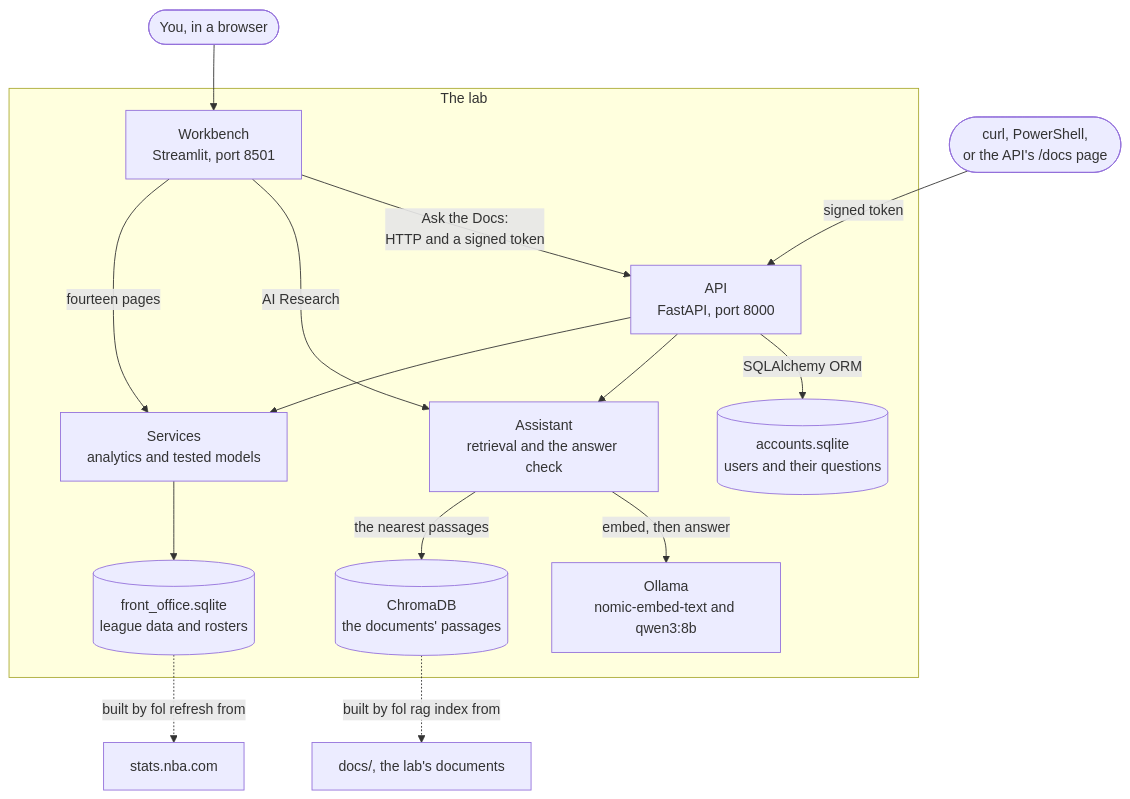
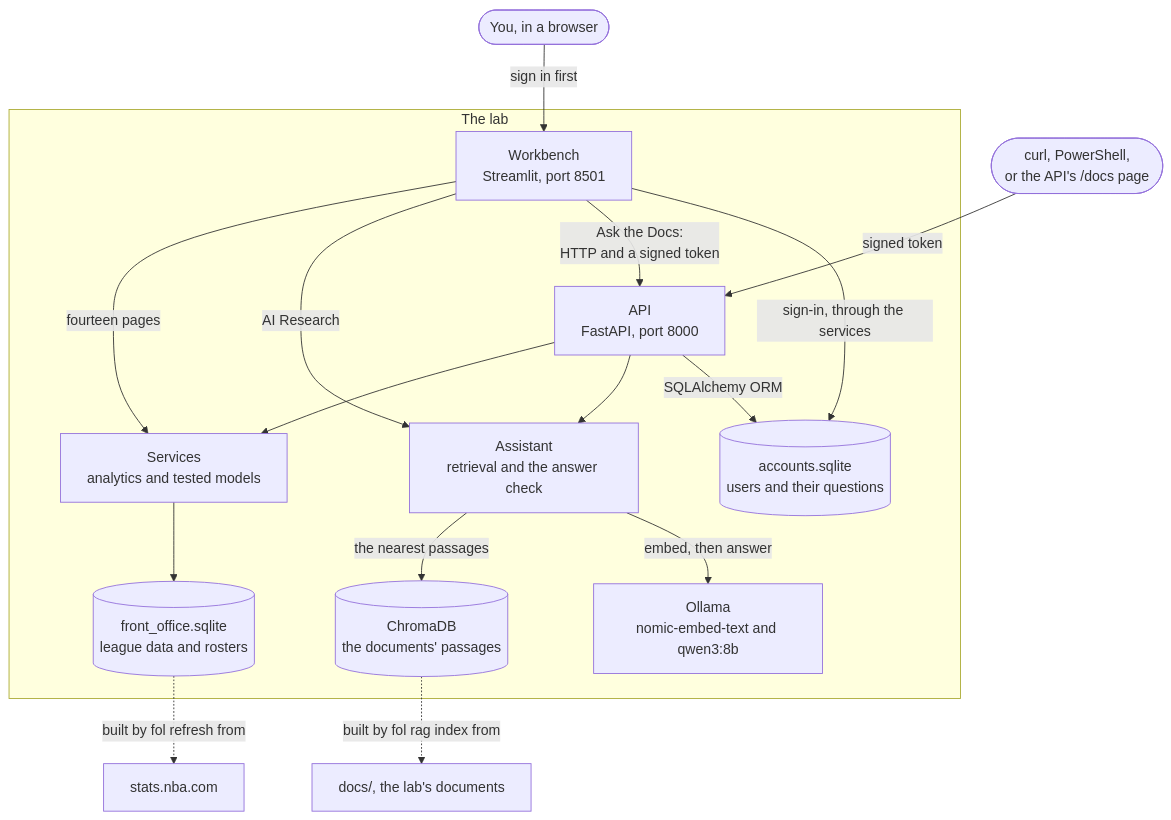
The first of 2 diagrams in README.md (JJHodges20/nba-front-office-lab), drawn with Mermaid before and after one commit. The commit also changed other lines of this file and 17 other files, not shown here.

````diff
--- a/README.md
+++ b/README.md
@@ -87,30 +89,31 @@
 ```mermaid
 flowchart TB
     you(["You, in a browser"])
     client(["curl, PowerShell,<br/>or the API's /docs page"])
 
     subgraph lab ["The lab"]
         ui["Workbench<br/>Streamlit, port 8501"]
         api["API<br/>FastAPI, port 8000"]
         services["Services<br/>analytics and tested models"]
         assistant["Assistant<br/>retrieval and the answer check"]
         db[("front_office.sqlite<br/>league data and rosters")]
         vectors[("ChromaDB<br/>the documents' passages")]
         ollama["Ollama<br/>nomic-embed-text and qwen3:8b"]
         accounts[("accounts.sqlite<br/>users and their questions")]
     end
 
-    you --> ui
+    you -- "sign in first" --> ui
     client -- "signed token" --> api
     ui -- "fourteen pages" --> services
     ui -- "AI Research" --> assistant
     ui -- "Ask the Docs:<br/>HTTP and a signed token" --> api
     api --> services
     api --> assistant
     api -- "SQLAlchemy ORM" --> accounts
+    ui -- "sign-in, through the services" --> accounts
     services --> db
     assistant -- "the nearest passages" --> vectors
     assistant -- "embed, then answer" --> ollama
     db -. "built by fol refresh from" .-> nba["stats.nba.com"]
     vectors -. "built by fol rag index from" .-> docs["docs/, the lab's documents"]
 ```
````
